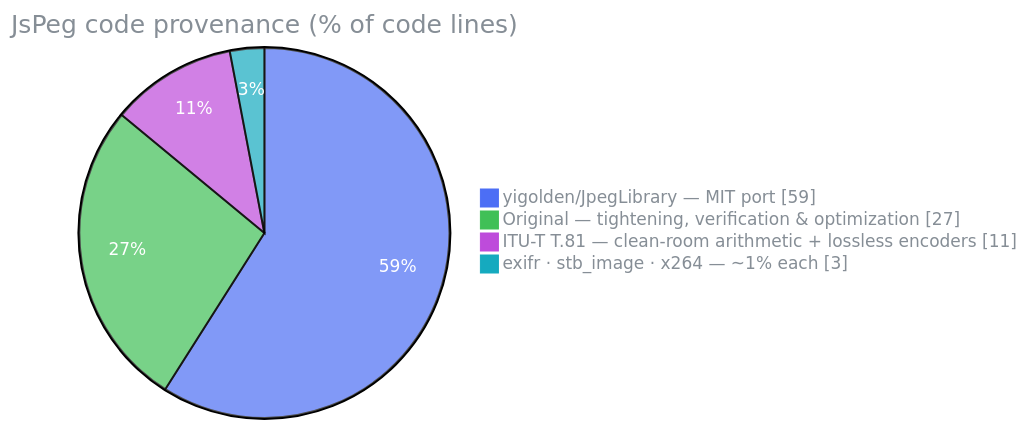
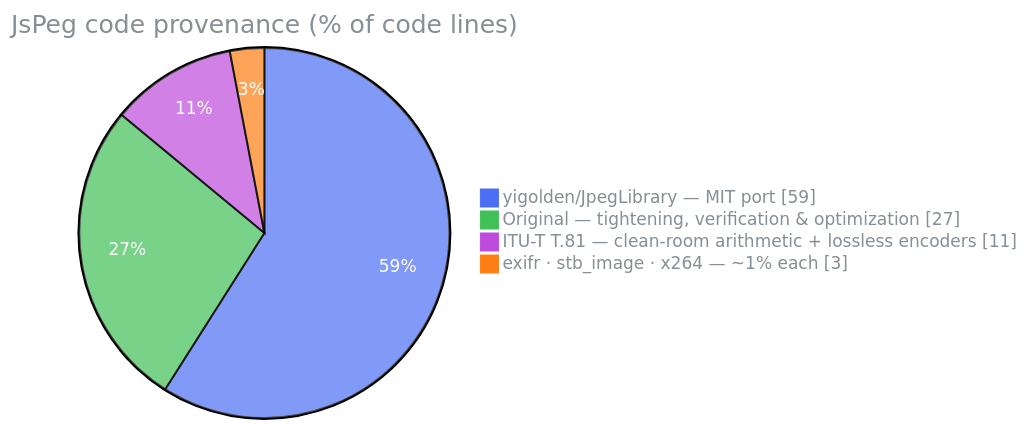
The diagram in docs/ARCHITECTURE.md (Alpaq92/JsPeg), drawn with Mermaid before and after one commit. The commit also changed other lines of this file, not shown here.

First line of the commit message:
docs: pie chart — 4 distinct hues (drop the second blue) (#13)

````diff
--- a/docs/ARCHITECTURE.md
+++ b/docs/ARCHITECTURE.md
@@ -14,8 +15,8 @@
 ```mermaid
-%%{init: {'theme': 'base', 'themeVariables': {'pie1': '#4c6ef5', 'pie2': '#40c057', 'pie3': '#be4bdb', 'pie4': '#15aabf', 'pieSectionTextColor': '#ffffff', 'pieTitleTextColor': '#868e96', 'pieLegendTextColor': '#868e96'}}}%%
+%%{init: {'theme': 'base', 'themeVariables': {'pie1': '#4c6ef5', 'pie2': '#40c057', 'pie3': '#be4bdb', 'pie4': '#fd7e14', 'pieSectionTextColor': '#ffffff', 'pieTitleTextColor': '#868e96', 'pieLegendTextColor': '#868e96'}}}%%
 pie showData title JsPeg code provenance (% of code lines)
     "yigolden/JpegLibrary — MIT port" : 59
     "Original — tightening, verification & optimization" : 27
     "ITU-T T.81 — clean-room arithmetic + lossless encoders" : 11
     "exifr · stb_image · x264 — ~1% each" : 3
 ```
````
